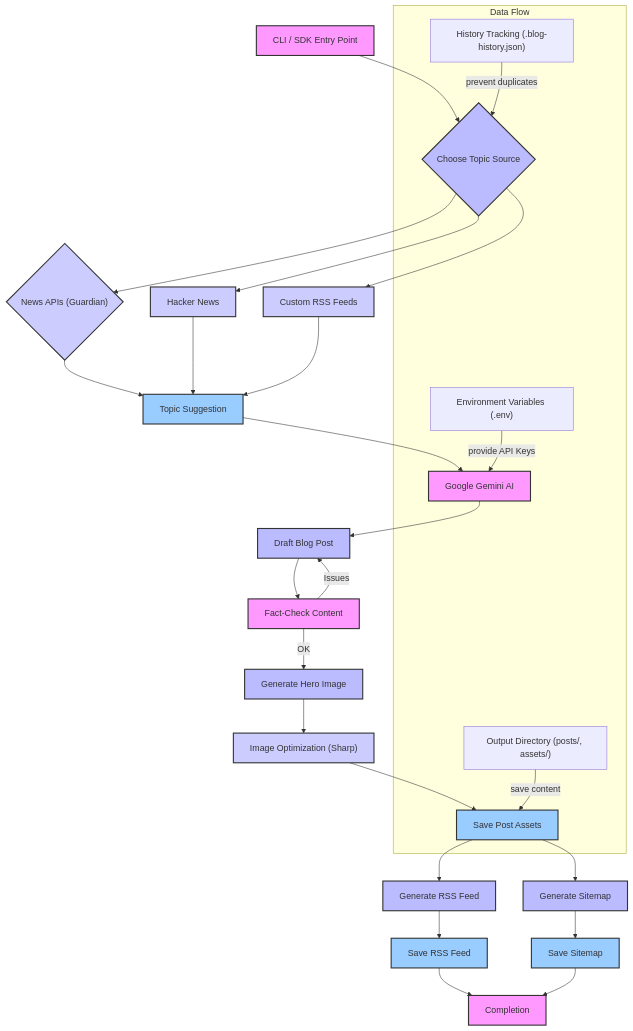
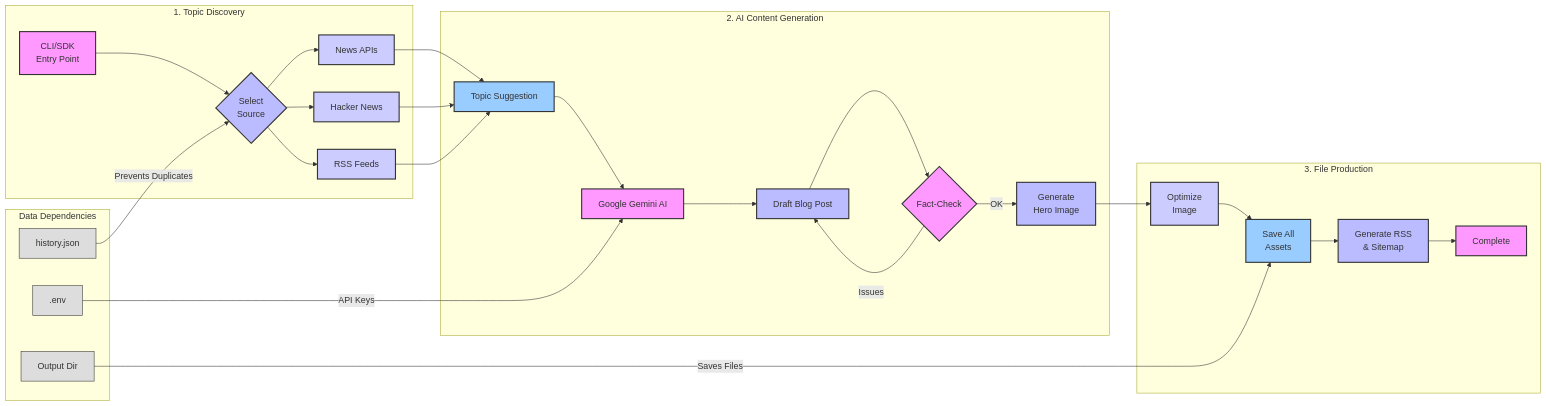
The diagram in README.md (jd316/auto-tech-blog-sdk), drawn with Mermaid before and after one commit.

Commit message:
docs: compress architecture diagram to be horizontal

````diff
--- a/README.md
+++ b/README.md
@@ -30,53 +30,48 @@
 ```mermaid
-graph TD
-    A["CLI / SDK Entry Point"] --> B{"Choose Topic Source"}
-    B --> C{"News APIs (Guardian)"}
-    B --> D["Hacker News"]
-    B --> E["Custom RSS Feeds"]
+graph LR
+    subgraph "1. Topic Discovery"
+        A["CLI/SDK<br>Entry Point"] --> B{"Select<br>Source"}
+        B --> C["News APIs"] & D["Hacker News"] & E["RSS Feeds"]
+    end
 
-    C --> F["Topic Suggestion"]
-    D --> F
-    E --> F
+    subgraph "2. AI Content Generation"
+        F["Topic Suggestion"]
+        C & D & E --> F
+        F --> G["Google Gemini AI"]
+        G --> H["Draft Blog Post"]
+        H --> I{"Fact-Check"}
+        I -- "OK" --> J["Generate<br>Hero Image"]
+        I -- "Issues" --> H
+    end
+    
+    subgraph "3. File Production"
+        J --> K["Optimize<br>Image"]
+        K --> L["Save All<br>Assets"]
+        L --> M["Generate RSS<br>& Sitemap"]
+        M --> Q["Complete"]
+    end
 
-    F --> G["Google Gemini AI"]
-    G --> H["Draft Blog Post"]
-    H --> I["Fact-Check Content"]
-    I -- "OK" --> J["Generate Hero Image"]
-    I -- "Issues" --> H
-
-    J --> K["Image Optimization (Sharp)"]
-    K --> L["Save Post Assets"]
-
-    L --> M["Generate RSS Feed"]
-    L --> N["Generate Sitemap"]
-
-    M --> O["Save RSS Feed"]
-    N --> P["Save Sitemap"]
-
-    O --> Q["Completion"]
-    P --> Q
-
-    subgraph "Data Flow"
-        R["Environment Variables (.env)"] -- "provide API Keys" --> G
-        S["History Tracking (.blog-history.json)"] -- "prevent duplicates" --> B
-        T["Output Directory (posts/, assets/)"] -- "save content" --> L
+    subgraph "Data Dependencies"
+        R[".env"] -- "API Keys" --> G
+        S["history.json"] -- "Prevents Duplicates" --> B
+        T["Output Dir"] -- "Saves Files" --> L
     end
 
     style A fill:#f9f,stroke:#333,stroke-width:2px
     style B fill:#bbf,stroke:#333,stroke-width:2px
     style C fill:#ccf,stroke:#333,stroke-width:2px
     style D fill:#ccf,stroke:#333,stroke-width:2px
     style E fill:#ccf,stroke:#333,stroke-width:2px
     style F fill:#9cf,stroke:#333,stroke-width:2px
     style G fill:#f9f,stroke:#333,stroke-width:2px
     style H fill:#bbf,stroke:#333,stroke-width:2px
     style I fill:#f9f,stroke:#333,stroke-width:2px
     style J fill:#bbf,stroke:#333,stroke-width:2px
     style K fill:#ccf,stroke:#333,stroke-width:2px
     style L fill:#9cf,stroke:#333,stroke-width:2px
     style M fill:#bbf,stroke:#333,stroke-width:2px
-    style N fill:#bbf,stroke:#333,stroke-width:2px
-    style O fill:#9cf,stroke:#333,stroke-width:2px
-    style P fill:#9cf,stroke:#333,stroke-width:2px
     style Q fill:#f9f,stroke:#333,stroke-width:2px
+    style R fill:#ddd,stroke:#333,stroke-width:1px
+    style S fill:#ddd,stroke:#333,stroke-width:1px
+    style T fill:#ddd,stroke:#333,stroke-width:1px
 ```
````
